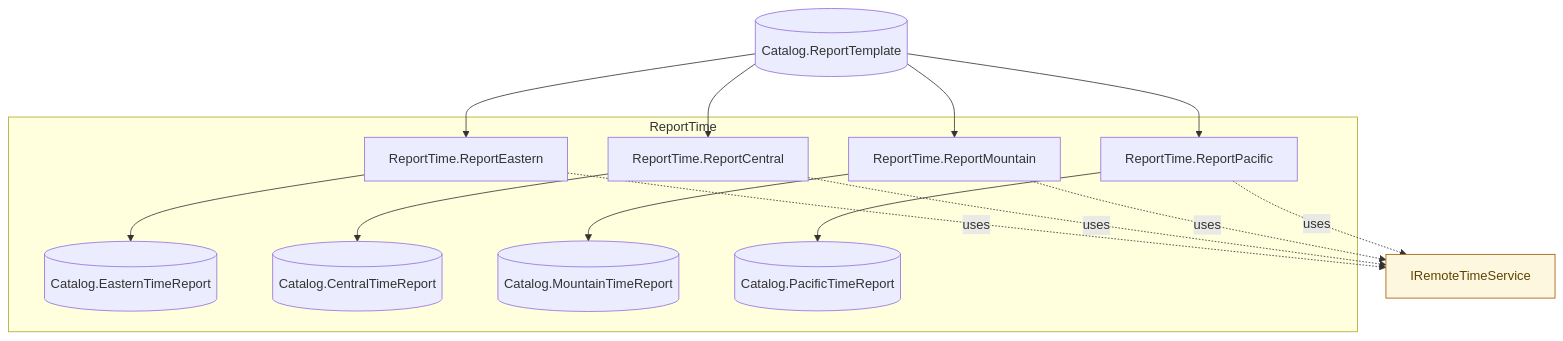
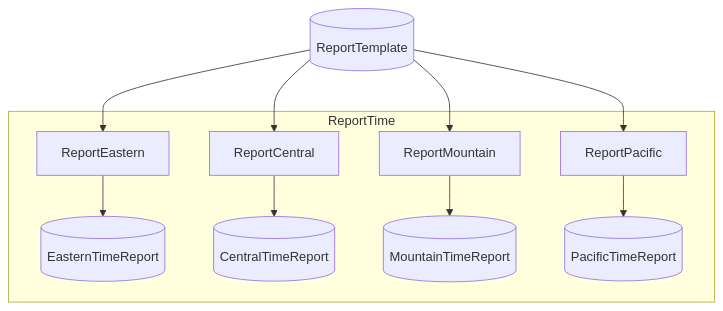
The diagram in examples/starter/SimpleEffectsExample/README.md (chaoticgoodcomputing/flowthru), drawn with Mermaid before and after one commit. The commit also changed other lines of this file and 75 other files, not shown here.

````diff
--- a/examples/starter/SimpleEffectsExample/README.md
+++ b/examples/starter/SimpleEffectsExample/README.md
@@ -25,39 +26,28 @@
 ```mermaid
 flowchart TB
 
     %% External Data Inputs
-    Catalog_ReportTemplate[("Catalog.ReportTemplate")]
+    ReportTemplate[("ReportTemplate")]
 
     subgraph ReportTime["ReportTime"]
-        ReportTime_ReportEastern["ReportTime.ReportEastern"]
-        ReportTime_ReportCentral["ReportTime.ReportCentral"]
-        ReportTime_ReportMountain["ReportTime.ReportMountain"]
-        ReportTime_ReportPacific["ReportTime.ReportPacific"]
-        Catalog_EasternTimeReport[("Catalog.EasternTimeReport")]
-        Catalog_CentralTimeReport[("Catalog.CentralTimeReport")]
-        Catalog_MountainTimeReport[("Catalog.MountainTimeReport")]
-        Catalog_PacificTimeReport[("Catalog.PacificTimeReport")]
-
-        ReportTime_ReportEastern --> Catalog_EasternTimeReport
-        ReportTime_ReportCentral --> Catalog_CentralTimeReport
-        ReportTime_ReportMountain --> Catalog_MountainTimeReport
-        ReportTime_ReportPacific --> Catalog_PacificTimeReport
+        ReportEastern["ReportEastern"]
+        EasternTimeReport[("EasternTimeReport")]
+        ReportCentral["ReportCentral"]
+        CentralTimeReport[("CentralTimeReport")]
+        ReportMountain["ReportMountain"]
+        MountainTimeReport[("MountainTimeReport")]
+        ReportPacific["ReportPacific"]
+        PacificTimeReport[("PacificTimeReport")]
     end
 
-    %% External Data to Flow Edges
-    Catalog_ReportTemplate --> ReportTime_ReportEastern
-    Catalog_ReportTemplate --> ReportTime_ReportCentral
-    Catalog_ReportTemplate --> ReportTime_ReportMountain
-    Catalog_ReportTemplate --> ReportTime_ReportPacific
+    %% Edges
+    ReportTemplate --> ReportEastern
+    ReportEastern --> EasternTimeReport
+    ReportTemplate --> ReportCentral
+    ReportCentral --> CentralTimeReport
+    ReportTemplate --> ReportMountain
+    ReportMountain --> MountainTimeReport
+    ReportTemplate --> ReportPacific
+    ReportPacific --> PacificTimeReport
 
-    %% Service Dependencies
-    svc_IRemoteTimeService["IRemoteTimeService"]
-
-    ReportTime_ReportEastern -.uses.-> svc_IRemoteTimeService
-    ReportTime_ReportCentral -.uses.-> svc_IRemoteTimeService
-    ReportTime_ReportMountain -.uses.-> svc_IRemoteTimeService
-    ReportTime_ReportPacific -.uses.-> svc_IRemoteTimeService
-
-    classDef service fill:#FEF7E0,stroke:#A05A00,color:#5E4400
-    class svc_IRemoteTimeService service
 ```
````
